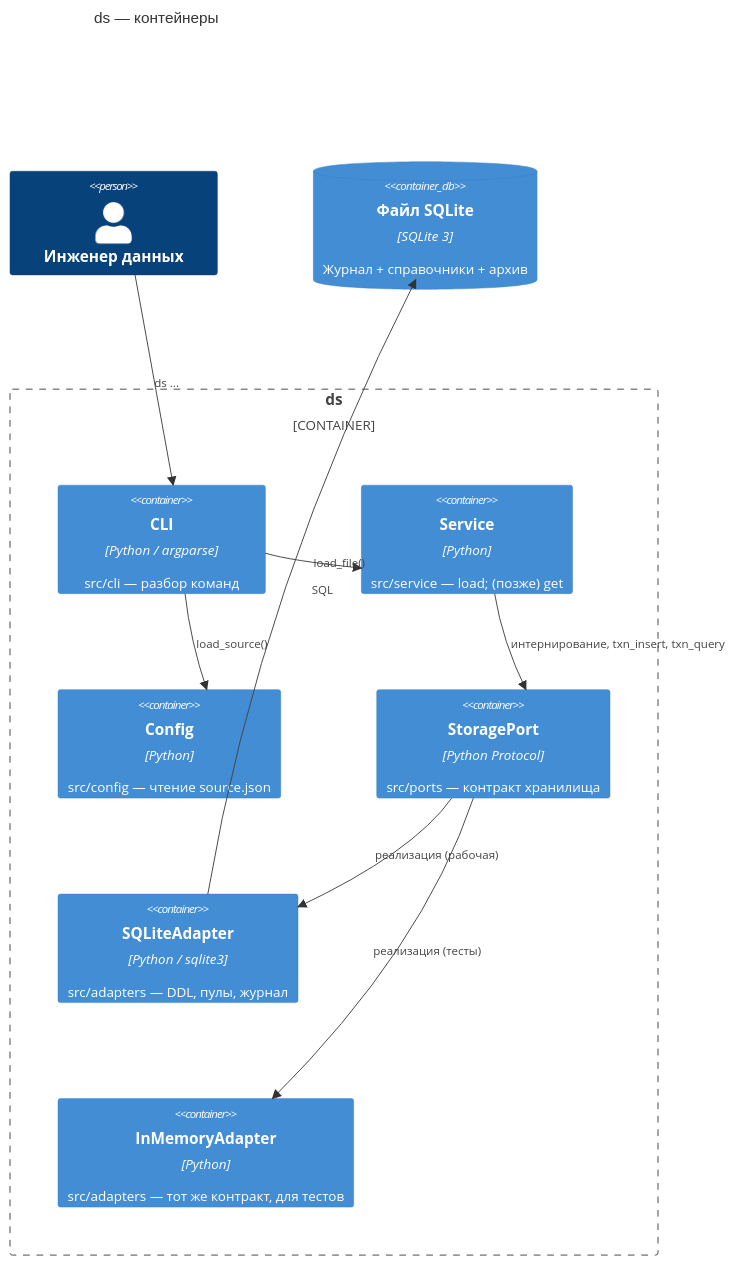
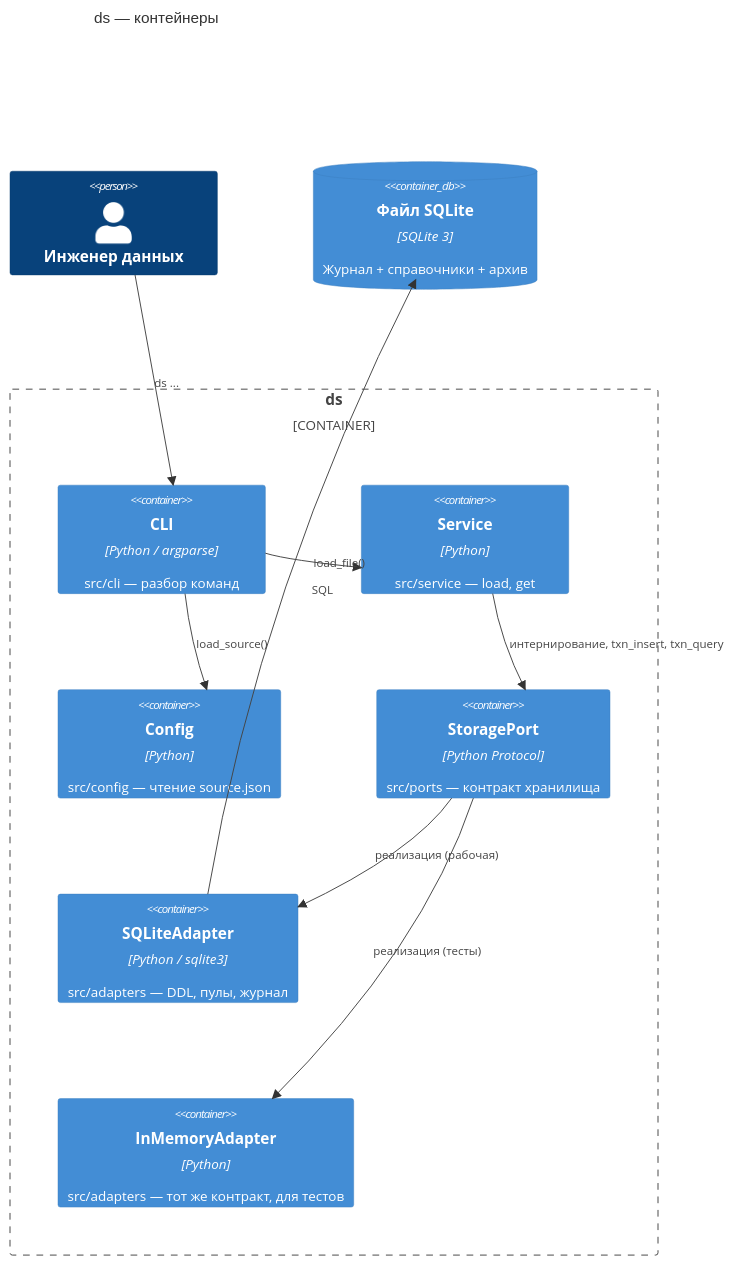
One commit to A1eksMa/ds changed the second of 3 diagrams in docs/reference/architecture.md. Above: the diagram before and after it, drawn with Mermaid. The commit also changed other lines of this file and 31 other files, not shown here.

````diff
--- a/docs/reference/architecture.md
+++ b/docs/reference/architecture.md
@@ -67,24 +68,24 @@
 ```mermaid
 C4Container
 title ds — контейнеры
 
 Person(engineer, "Инженер данных")
 
 Container_Boundary(ds, "ds") {
   Container(cli, "CLI", "Python / argparse", "src/cli — разбор команд")
-  Container(service, "Service", "Python", "src/service — load; (позже) get")
+  Container(service, "Service", "Python", "src/service — load, get")
   Container(config, "Config", "Python", "src/config — чтение source.json")
   Container(port, "StoragePort", "Python Protocol", "src/ports — контракт хранилища")
   Container(sqlite_ad, "SQLiteAdapter", "Python / sqlite3", "src/adapters — DDL, пулы, журнал")
   Container(mem_ad, "InMemoryAdapter", "Python", "src/adapters — тот же контракт, для тестов")
 }
 ContainerDb(db, "Файл SQLite", "SQLite 3", "Журнал + справочники + архив")
 
 Rel(engineer, cli, "ds ...")
 Rel(cli, config, "load_source()")
 Rel(cli, service, "load_file()")
 Rel(service, port, "интернирование, txn_insert, txn_query")
 Rel(port, sqlite_ad, "реализация (рабочая)")
 Rel(port, mem_ad, "реализация (тесты)")
 Rel(sqlite_ad, db, "SQL")
 ```
````
